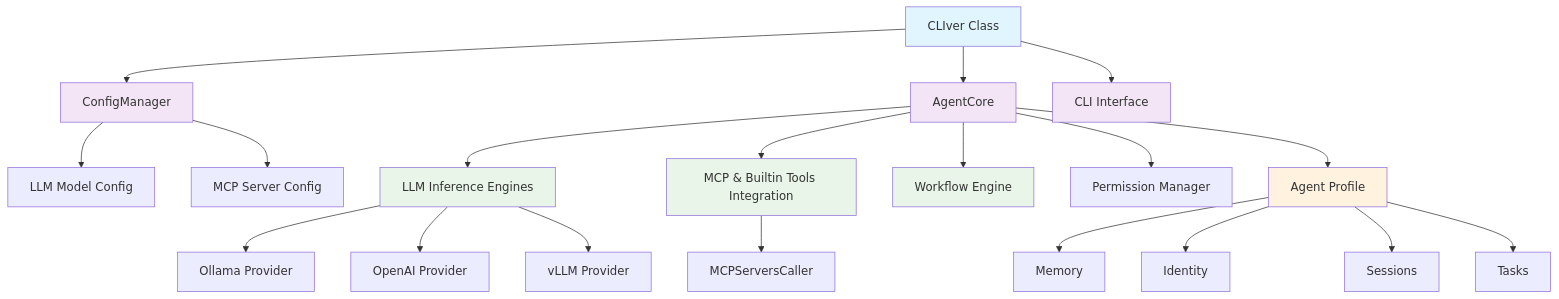
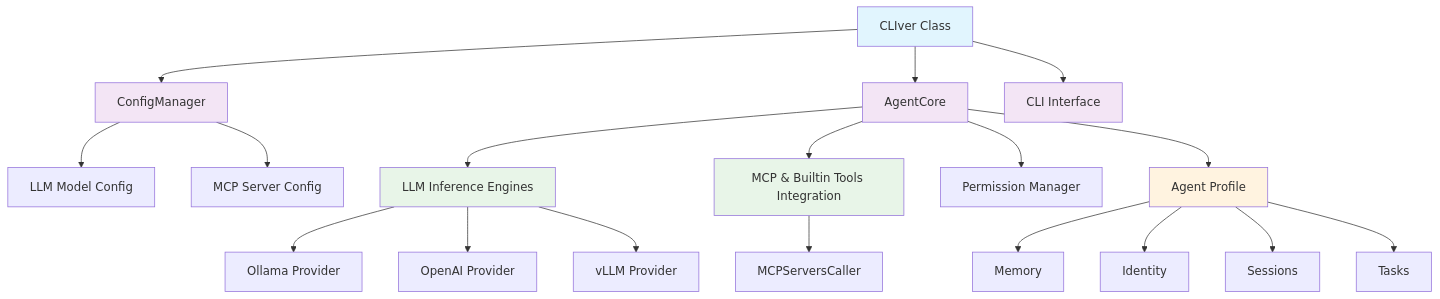
Before and after one commit to cliver-project/CLIver: the diagram in docs/overview.md, drawn with Mermaid. The commit also changed other lines of this file and 41 other files, not shown here.

Commit message:
refactor: remove LangGraph workflow engine

````diff
--- a/docs/overview.md
+++ b/docs/overview.md
@@ -66,35 +65,33 @@
 ```mermaid
 graph TD
     A[CLIver Class] --> B[ConfigManager]
     A --> C[AgentCore]
     A --> D[CLI Interface]
 
     B --> E[LLM Model Config]
     B --> F[MCP Server Config]
 
     C --> G[LLM Inference Engines]
     C --> H[MCP & Builtin Tools Integration]
-    C --> I[Workflow Engine]
     C --> N[Permission Manager]
     C --> O[Agent Profile]
 
     G --> J[Ollama Provider]
     G --> K[OpenAI Provider]
     G --> L[vLLM Provider]
 
     H --> M[MCPServersCaller]
 
     O --> P[Memory]
     O --> Q[Identity]
     O --> R[Sessions]
     O --> S[Tasks]
 
     style A fill:#e1f5fe
     style B fill:#f3e5f5
     style C fill:#f3e5f5
     style D fill:#f3e5f5
     style G fill:#e8f5e8
     style H fill:#e8f5e8
-    style I fill:#e8f5e8
     style O fill:#fff3e0
 ```
````
